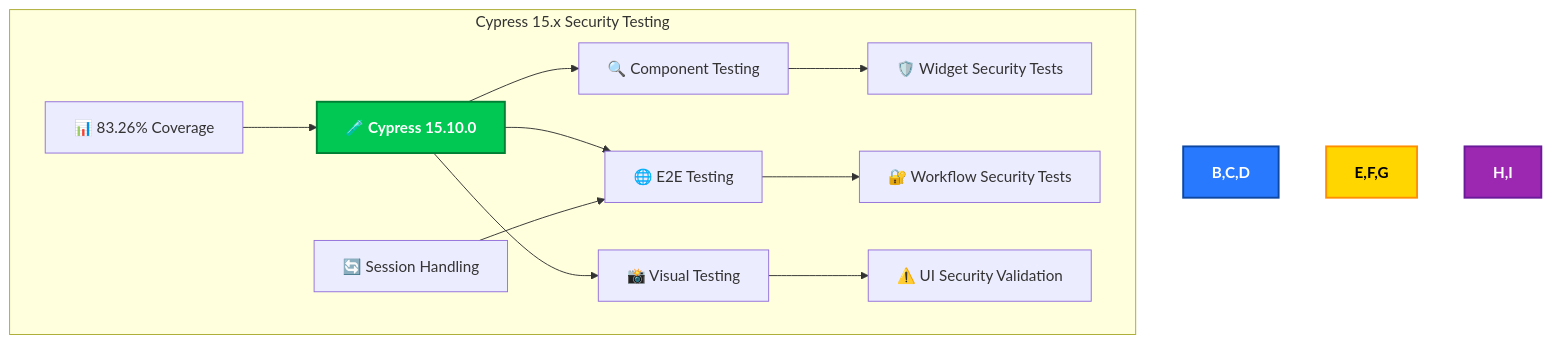
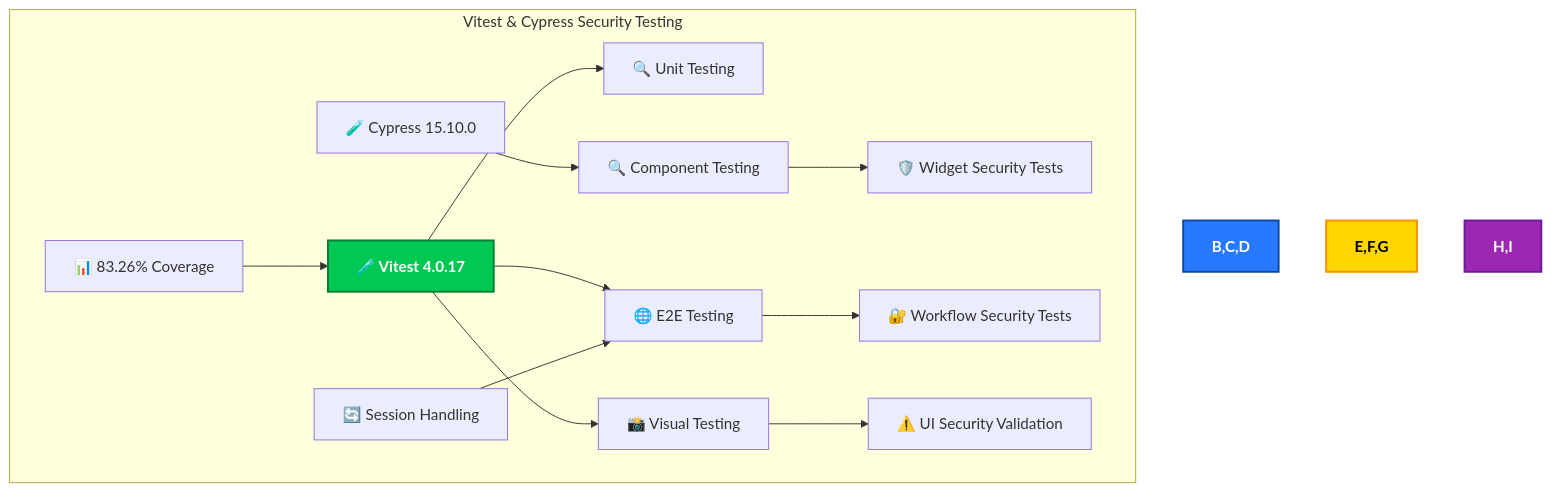
Diagram 20 of 32 in docs/architecture/SECURITY_ARCHITECTURE.md (Hack23/cia-compliance-manager), drawn with Mermaid before and after one commit. The commit also changed other lines of this file, not shown here.

Commit message:
Fix SECURITY_ARCHITECTURE.md contradictions: update threat detection, vulnerability management, monitoring, and automated ops sections to reflect actual CI/CD capabilities

````diff
--- a/docs/architecture/SECURITY_ARCHITECTURE.md
+++ b/docs/architecture/SECURITY_ARCHITECTURE.md
@@ -1298,20 +1326,21 @@
 ```mermaid
 flowchart TD
-    subgraph "Cypress 15.x Security Testing"
-        A[🧪 Cypress 15.10.0] --> B[🔍 Component Testing]
+    subgraph "Vitest & Cypress Security Testing"
+        A[🧪 Vitest 4.0.17] --> B1[🔍 Unit Testing]
+        A1[🧪 Cypress 15.10.0] --> B[🔍 Component Testing]
         A --> C[🌐 E2E Testing]
         A --> D[📸 Visual Testing]
         
         B --> E[🛡️ Widget Security Tests]
         C --> F[🔐 Workflow Security Tests]
         D --> G[⚠️ UI Security Validation]
         
         H[📊 83.26% Coverage] --> A
         I[🔄 Session Handling] --> C
     end
 
     style A fill:#00C853,stroke:#007E33,stroke-width:2px,color:white,font-weight:bold
     style B,C,D fill:#2979FF,stroke:#0D47A1,stroke-width:2px,color:white,font-weight:bold
     style E,F,G fill:#FFD600,stroke:#FF8F00,stroke-width:2px,color:black,font-weight:bold
     style H,I fill:#9C27B0,stroke:#6A1B9A,stroke-width:2px,color:white,font-weight:bold
 ```
````
